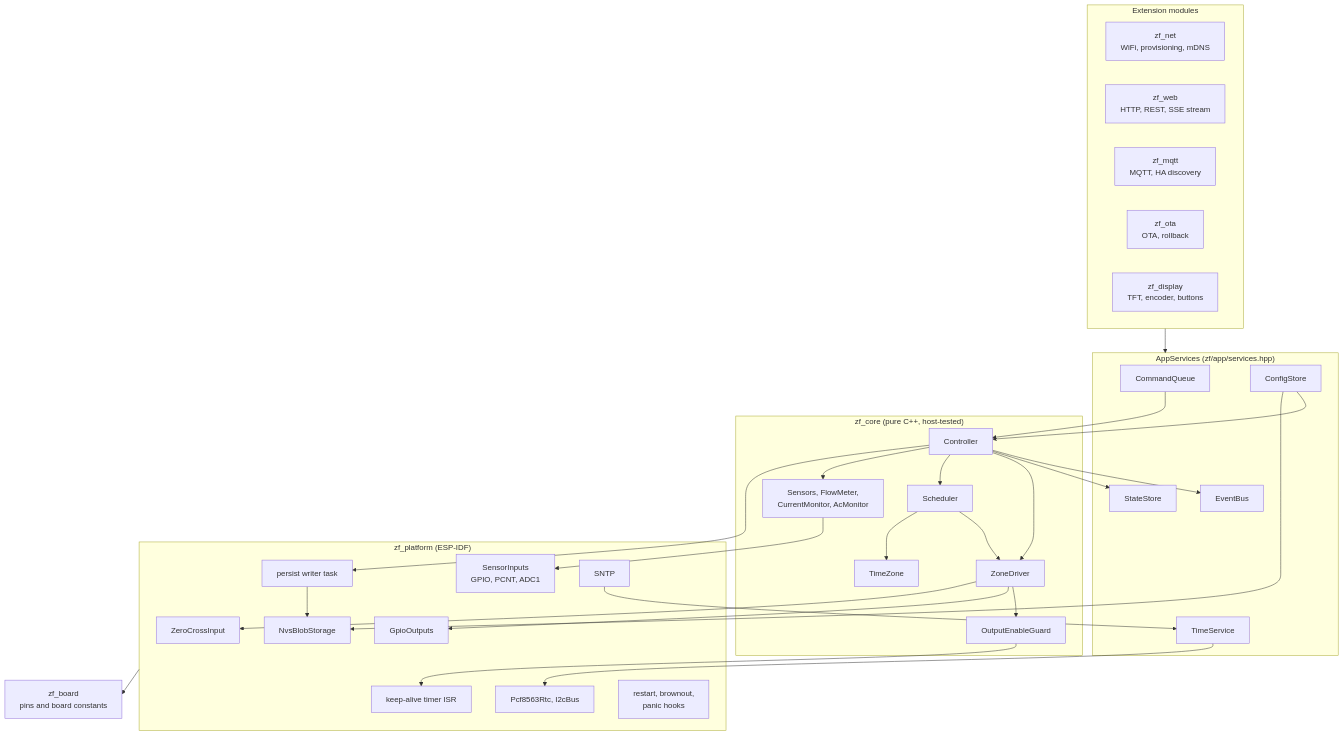
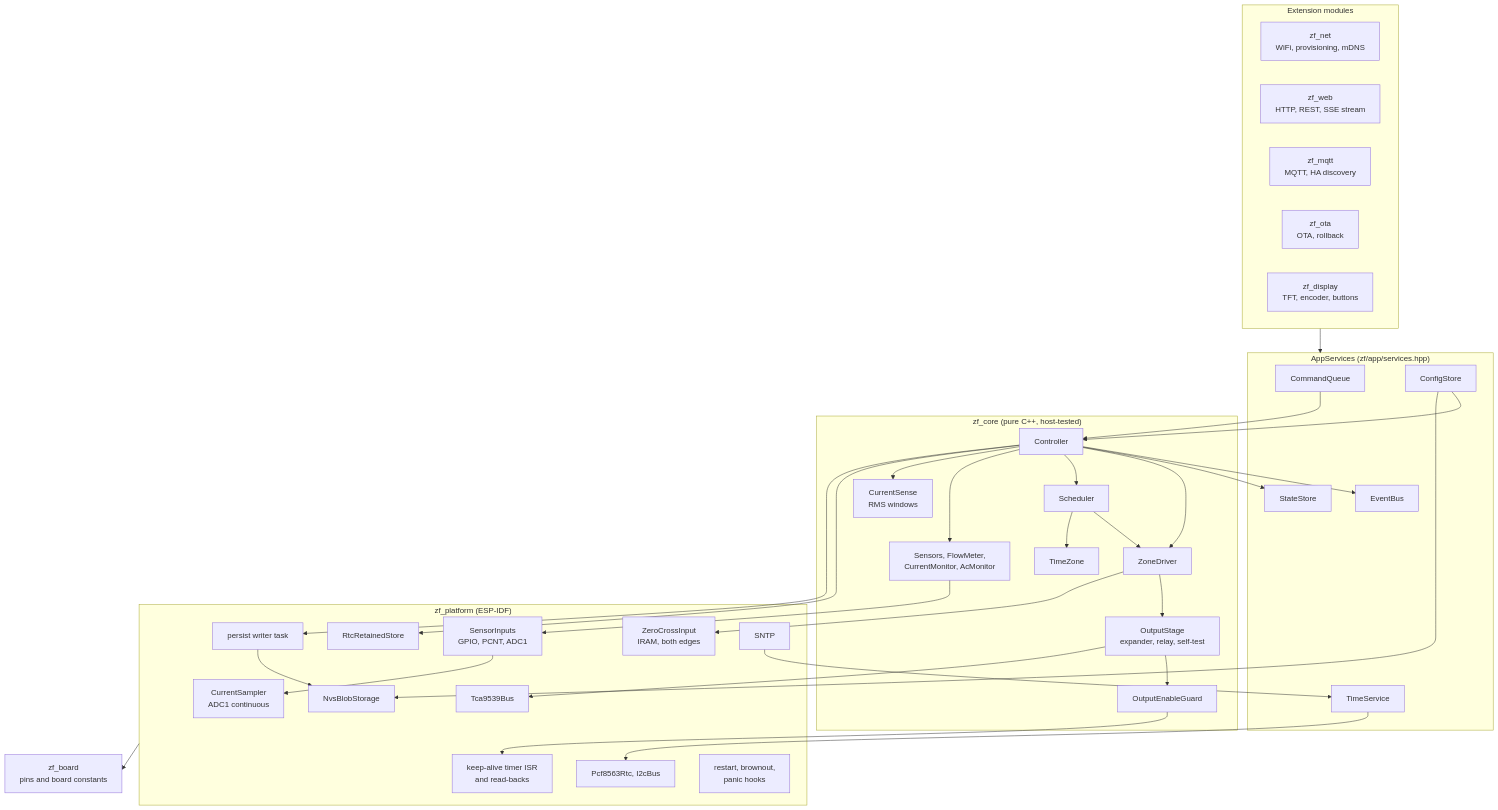
Before and after one commit to syntroniks/zoneflow: the first of 2 diagrams in docs/design/firmware-architecture.md, drawn with Mermaid. The commit also changed other lines of this file and 85 other files, not shown here.

````diff
--- a/docs/design/firmware-architecture.md
+++ b/docs/design/firmware-architecture.md
@@ -22,63 +23,71 @@
 ```mermaid
 flowchart TB
     subgraph ext["Extension modules"]
         net[zf_net<br/>WiFi, provisioning, mDNS]
         web[zf_web<br/>HTTP, REST, SSE stream]
         mqtt[zf_mqtt<br/>MQTT, HA discovery]
         ota[zf_ota<br/>OTA, rollback]
         disp[zf_display<br/>TFT, encoder, buttons]
     end
 
     subgraph svc["AppServices (zf/app/services.hpp)"]
         cmdq[CommandQueue]
         bus[EventBus]
         state[StateStore]
         cfg[ConfigStore]
         time[TimeService]
     end
 
     subgraph core["zf_core (pure C++, host-tested)"]
         ctrl[Controller]
         drv[ZoneDriver]
         sched[Scheduler]
         diag[Sensors, FlowMeter,<br/>CurrentMonitor, AcMonitor]
         oeg[OutputEnableGuard]
+        stage[OutputStage<br/>expander, relay, self-test]
+        isense[CurrentSense<br/>RMS windows]
         tz[TimeZone]
     end
 
     subgraph plat["zf_platform (ESP-IDF)"]
-        gpio[GpioOutputs]
-        ka[keep-alive timer ISR]
-        zc[ZeroCrossInput]
+        i2cx[Tca9539Bus]
+        ka[keep-alive timer ISR<br/>and read-backs]
+        zc[ZeroCrossInput<br/>IRAM, both edges]
+        adc[CurrentSampler<br/>ADC1 continuous]
+        rtcm[RtcRetainedStore]
         pw[persist writer task]
         sens[SensorInputs<br/>GPIO, PCNT, ADC1]
         nvs[NvsBlobStorage]
         rtc[Pcf8563Rtc, I2cBus]
         sntp[SNTP]
         safe[restart, brownout,<br/>panic hooks]
     end
 
     board[zf_board<br/>pins and board constants]
 
     ext --> svc
     cmdq --> ctrl
     ctrl --> bus
     ctrl --> state
     cfg --> ctrl
     ctrl --> drv
     ctrl --> sched
     ctrl --> diag
     sched --> drv
     sched --> tz
-    drv --> oeg
-    drv --> gpio
+    drv --> stage
     drv --> zc
+    stage --> oeg
+    stage --> i2cx
+    ctrl --> isense
+    ctrl --> rtcm
     ctrl --> pw
     pw --> nvs
     oeg --> ka
     diag --> sens
+    sens --> adc
     cfg --> nvs
     time --> rtc
     sntp --> time
     plat --> board
 ```
````
